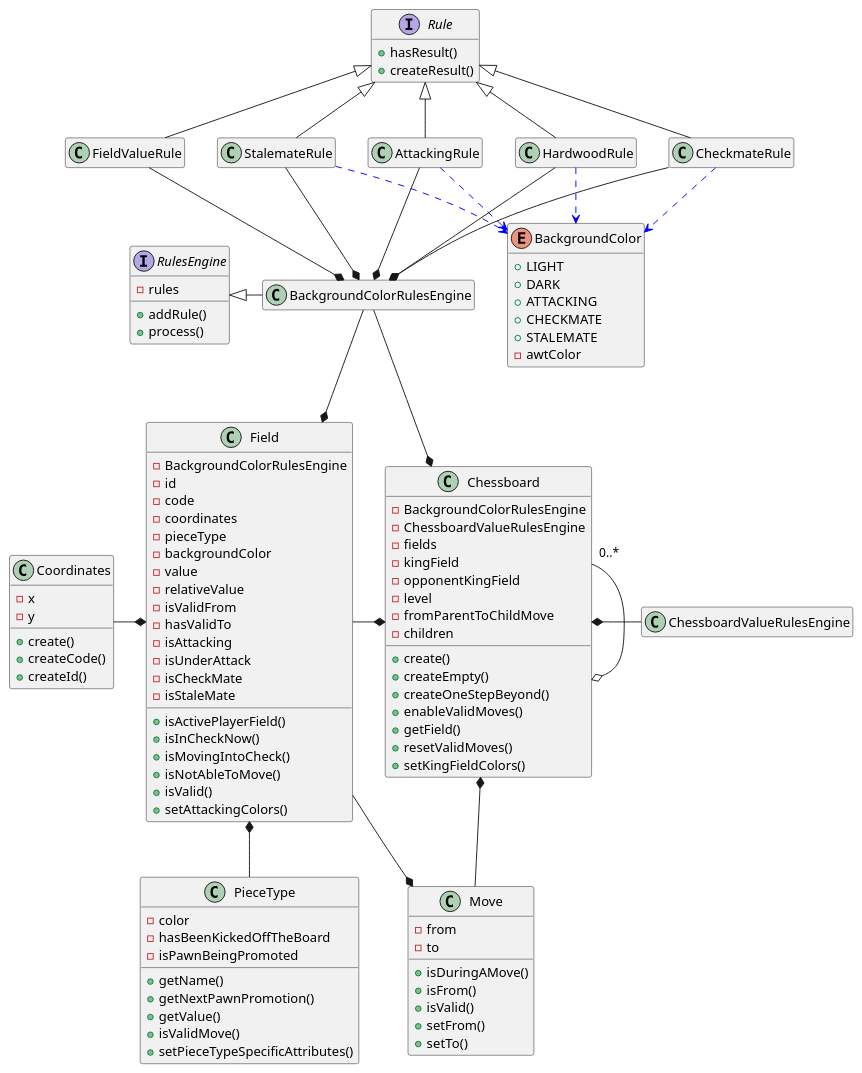
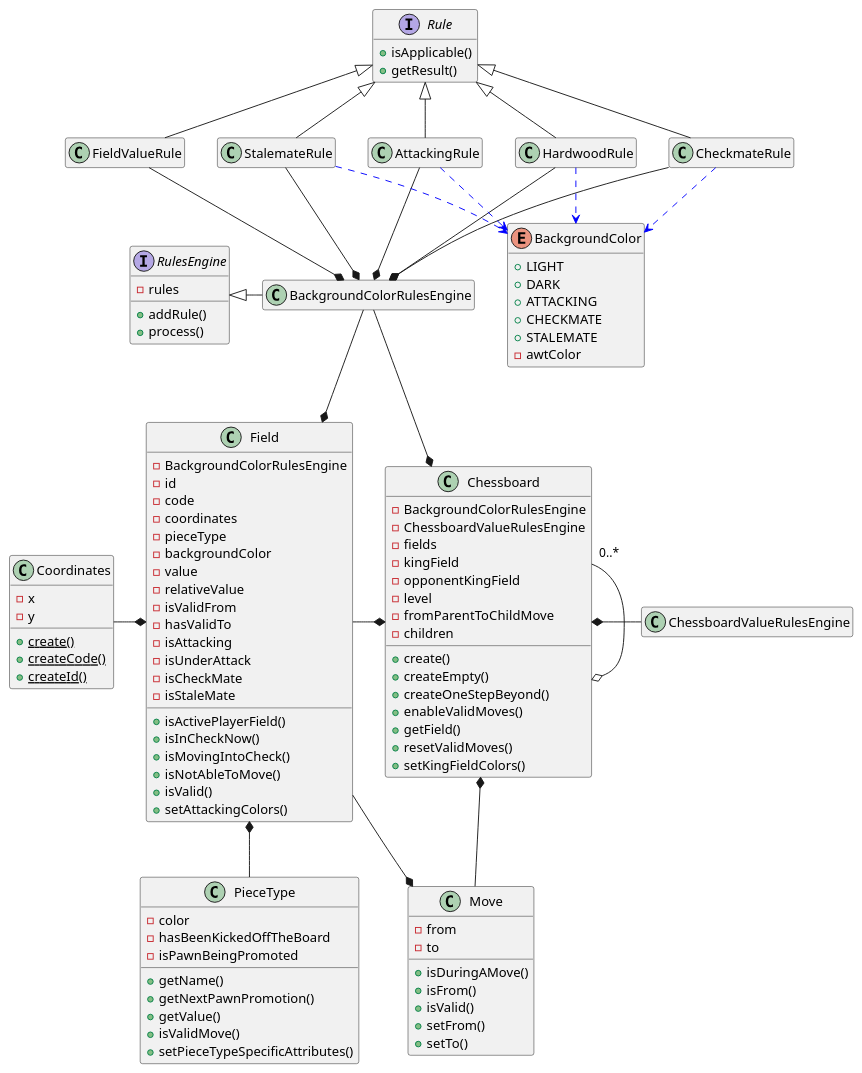
The diagram in game/src/main/resources/uml/chessboard.puml (tiktaalick/chess-with-database), drawn with PlantUML before and after one commit. The commit also changed 48 other files, not shown here.

Commit message:
* Minor updates to the class diagrams. * Renamed the rule methods to make them easier to understand.

```diff
--- a/game/src/main/resources/uml/chessboard.puml
+++ b/game/src/main/resources/uml/chessboard.puml
@@ -1,134 +1,134 @@
 @startuml
 
 '--------------'
 'Hidden members'
 '--------------'
 hide empty members
 
 '----------'
 'Chessboard'
 '----------'
 class Chessboard {
     - BackgroundColorRulesEngine
     - ChessboardValueRulesEngine
     - fields
     - kingField
     - opponentKingField
     - level
     - fromParentToChildMove
     - children
     + create()
     + createEmpty()
     + createOneStepBeyond()
     + enableValidMoves()
     + getField()
     + resetValidMoves()
     + setKingFieldColors()
 }
 
 class BackgroundColorRulesEngine {
 
 }
 
 class Field {
     - BackgroundColorRulesEngine
     - id
     - code
     - coordinates
     - pieceType
     - backgroundColor
     - value
     - relativeValue
     - isValidFrom
     - hasValidTo
     - isAttacking
     - isUnderAttack
     - isCheckMate
     - isStaleMate
     + isActivePlayerField()
     + isInCheckNow()
     + isMovingIntoCheck()
     + isNotAbleToMove()
     + isValid()
     + setAttackingColors()
 }
 
 class Move {
     - from
     - to
     + isDuringAMove()
     + isFrom()
     + isValid()
     + setFrom()
     + setTo()
 }
 
 class Coordinates {
     - x
     - y
-    + create()
-    + createCode()
-    + createId()
+    + {static} create()
+    + {static} createCode()
+    + {static} createId()
 }
 
 class PieceType {
     - color
     - hasBeenKickedOffTheBoard
     - isPawnBeingPromoted
     + getName()
     + getNextPawnPromotion()
     + getValue()
     + isValidMove()
     + setPieceTypeSpecificAttributes()
 }
 
 interface RulesEngine {
     - rules
     + addRule()
     + process()
 }
 
 interface Rule {
-    + hasResult()
-    + createResult()
+    + isApplicable()
+    + getResult()
 }
 
 enum BackgroundColor {
     + LIGHT
     + DARK
     + ATTACKING
     + CHECKMATE
     + STALEMATE
     - awtColor
 
 }
 
 '---------'
 'Relations'
 '---------'
 Chessboard *-up- BackgroundColorRulesEngine
 Chessboard *-right- ChessboardValueRulesEngine
 Chessboard *-left- Field
 Chessboard *-right- Move
 Chessboard "0..*"--o Chessboard
 Field *-up- BackgroundColorRulesEngine
 Field *-left- Coordinates
 Field *-- PieceType
 Field --* Move
 BackgroundColorRulesEngine *-up- HardwoodRule
 BackgroundColorRulesEngine *-up- FieldValueRule
 BackgroundColorRulesEngine *-up- AttackingRule
 BackgroundColorRulesEngine *-up- StalemateRule
 BackgroundColorRulesEngine *-up- CheckmateRule
 BackgroundColorRulesEngine -left-|> RulesEngine
 HardwoodRule -up-|> Rule
 FieldValueRule -up-|> Rule
 AttackingRule -up-|> Rule
 StalemateRule -up-|> Rule
 CheckmateRule -up-|> Rule
 HardwoodRule .down[#blue].> BackgroundColor
 AttackingRule .down[#blue].> BackgroundColor
 StalemateRule .down[#blue].> BackgroundColor
 CheckmateRule .down[#blue].> BackgroundColor
 
 @enduml
```
